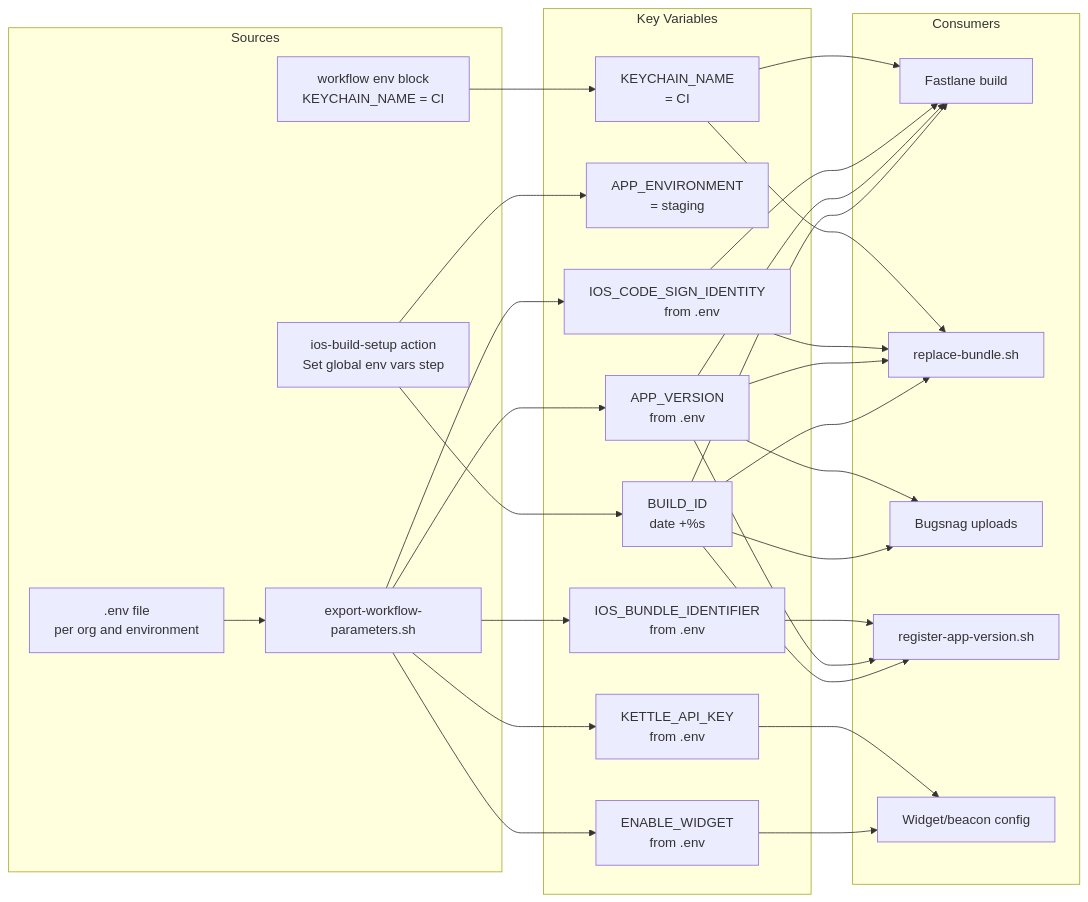
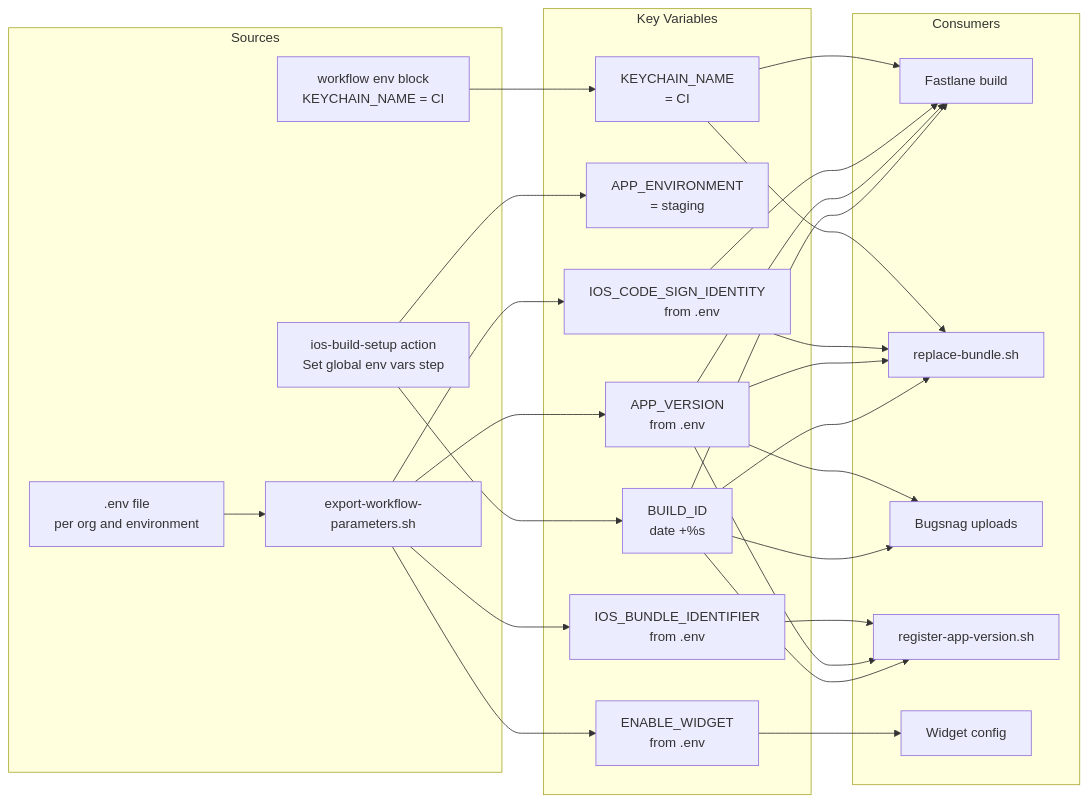
One commit to AtB-AS/mittatb-app changed the seventh of 7 diagrams in docs/ios-build-staging-graph.md. Above: the diagram before and after it, drawn with Mermaid. The commit also changed other lines of this file and 1 other file, not shown here.

````diff
--- a/docs/ios-build-staging-graph.md
+++ b/docs/ios-build-staging-graph.md
@@ -354,48 +347,46 @@
 ```mermaid
 flowchart LR
     subgraph sources ["Sources"]
         env_file[".env file
         per org and environment"]
         scripts["export-workflow-parameters.sh"]
         build_setup["ios-build-setup action
         Set global env vars step"]
         workflow["workflow env block
         KEYCHAIN_NAME = CI"]
     end
 
     subgraph vars ["Key Variables"]
         BUILD_ID["BUILD_ID
         date +%s"]
         APP_ENVIRONMENT["APP_ENVIRONMENT
         = staging"]
         APP_VERSION["APP_VERSION
         from .env"]
         IOS_BUNDLE_IDENTIFIER["IOS_BUNDLE_IDENTIFIER
         from .env"]
         IOS_CODE_SIGN_IDENTITY["IOS_CODE_SIGN_IDENTITY
         from .env"]
         KEYCHAIN_NAME["KEYCHAIN_NAME
         = CI"]
         ENABLE_WIDGET["ENABLE_WIDGET
         from .env"]
-        KETTLE_API_KEY["KETTLE_API_KEY
-        from .env"]
     end
 
     subgraph consumers ["Consumers"]
         fastlane["Fastlane build"]
         replace["replace-bundle.sh"]
         bugsnag["Bugsnag uploads"]
         register["register-app-version.sh"]
-        widget["Widget/beacon config"]
+        widget["Widget config"]
     end
 
     build_setup --> BUILD_ID & APP_ENVIRONMENT
     workflow --> KEYCHAIN_NAME
-    env_file --> scripts --> APP_VERSION & IOS_BUNDLE_IDENTIFIER & IOS_CODE_SIGN_IDENTITY & ENABLE_WIDGET & KETTLE_API_KEY
+    env_file --> scripts --> APP_VERSION & IOS_BUNDLE_IDENTIFIER & IOS_CODE_SIGN_IDENTITY & ENABLE_WIDGET
 
     BUILD_ID & APP_VERSION --> fastlane & replace & bugsnag & register
     IOS_CODE_SIGN_IDENTITY & KEYCHAIN_NAME --> fastlane & replace
     IOS_BUNDLE_IDENTIFIER --> register
-    ENABLE_WIDGET & KETTLE_API_KEY --> widget
+    ENABLE_WIDGET --> widget
 ```
````
